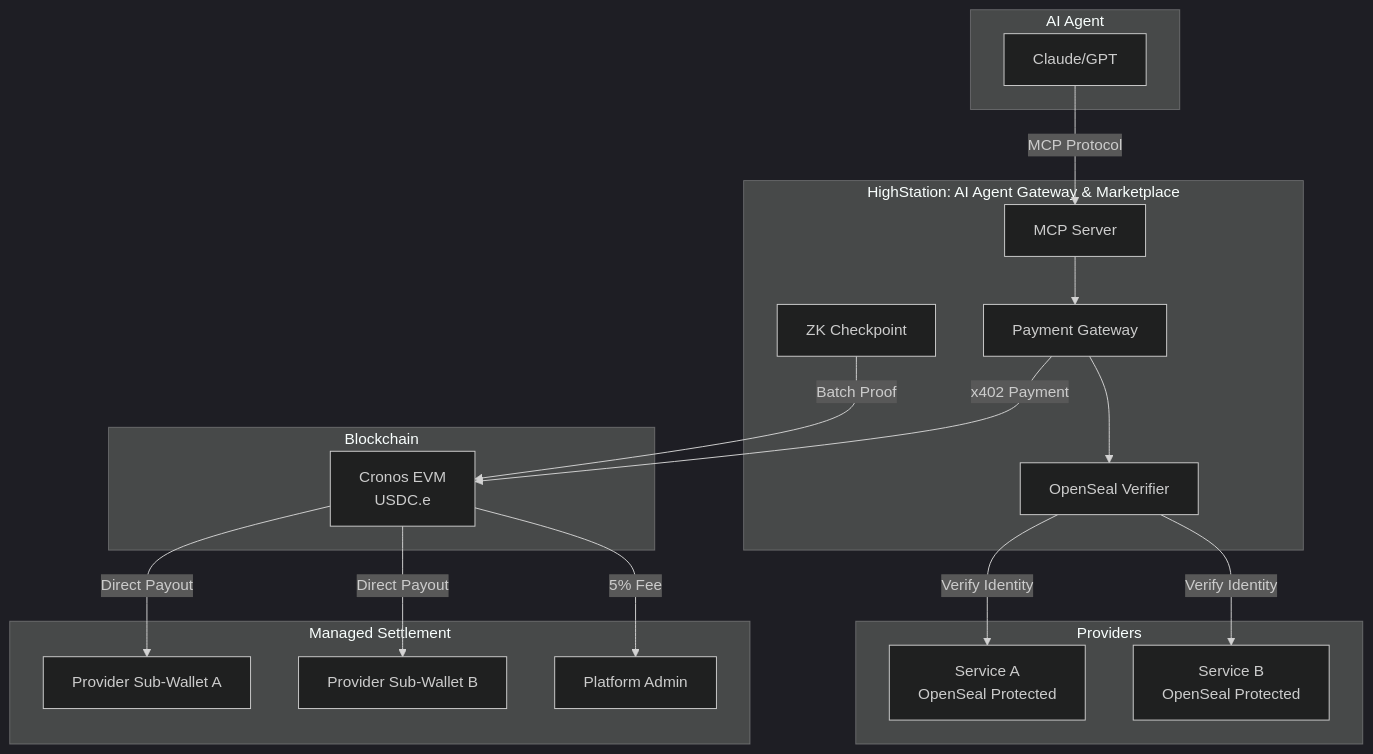
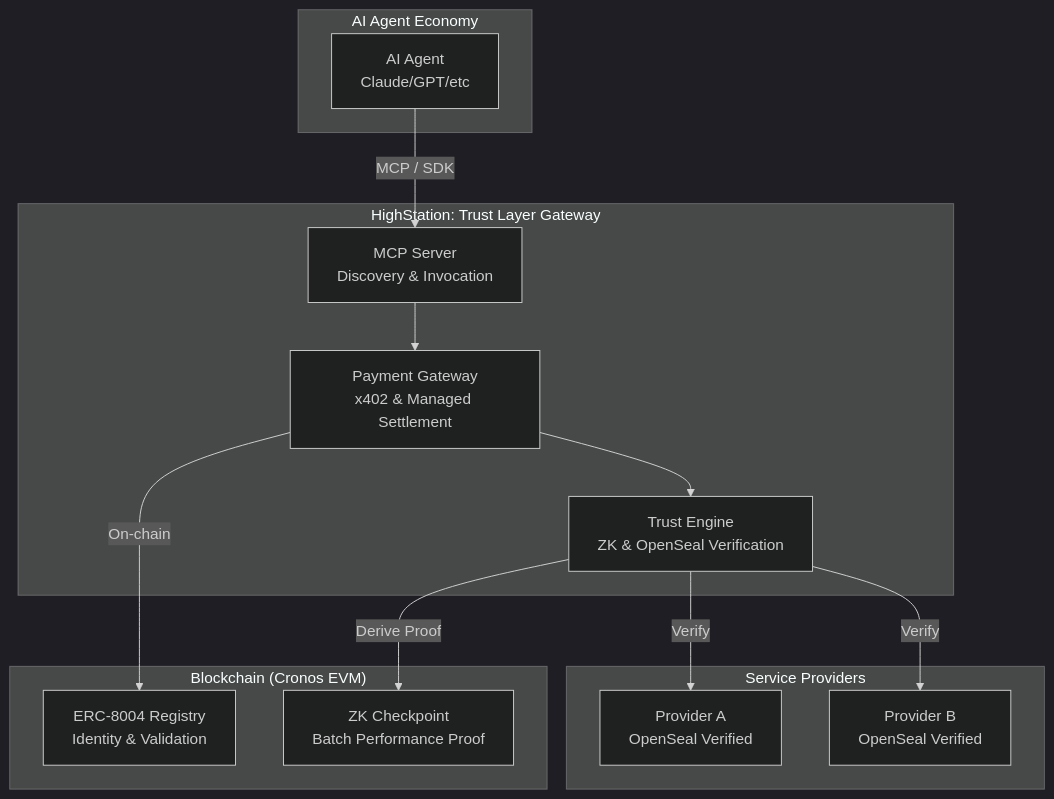
The diagram in README.md (kjyyoung/HighStation), drawn with Mermaid (dark theme) before and after one commit. The commit also changed other lines of this file and 2 other files, not shown here.

````diff
--- a/README.md
+++ b/README.md
@@ -83,36 +34,30 @@
 ```mermaid
 graph TB
-    subgraph "AI Agent"
-        A[Claude/GPT]
+    subgraph "AI Agent Economy"
+        A[AI Agent<br/>Claude/GPT/etc]
     end
     
-    subgraph "HighStation: AI Agent Gateway & Marketplace"
-        B[MCP Server]
-        C[Payment Gateway]
-        D[OpenSeal Verifier]
-        E[ZK Checkpoint]
+    subgraph "HighStation: Trust Layer Gateway"
+        B[MCP Server<br/>Discovery & Invocation]
+        C[Payment Gateway<br/>x402 & Managed Settlement]
+        D[Trust Engine<br/>ZK & OpenSeal Verification]
     end
     
-    subgraph "Providers"
-        F[Service A<br/>OpenSeal Protected]
-        G[Service B<br/>OpenSeal Protected]
+    subgraph "Blockchain (Cronos EVM)"
+        E[ERC-8004 Registry<br/>Identity & Validation]
+        F[ZK Checkpoint<br/>Batch Performance Proof]
     end
     
-    subgraph "Blockchain"
-        H[Cronos EVM<br/>USDC.e]
+    subgraph "Service Providers"
+        G[Provider A<br/>OpenSeal Verified]
+        H[Provider B<br/>OpenSeal Verified]
     end
     
-    A -->|MCP Protocol| B
+    A -->|MCP / SDK| B
     B --> C
-    C -->|x402 Payment| H
+    C -->|On-chain| E
     C --> D
-    D -->|Verify Identity| F
-    D -->|Verify Identity| G
-    E -->|Batch Proof| H
-    
-    subgraph "Managed Settlement"
-        H -->|Direct Payout| WA[Provider Sub-Wallet A]
-        H -->|Direct Payout| WB[Provider Sub-Wallet B]
-        H -->|5% Fee| ADMIN[Platform Admin]
-    end
+    D -->|Derive Proof| F
+    D -->|Verify| G
+    D -->|Verify| H
 ```
````
